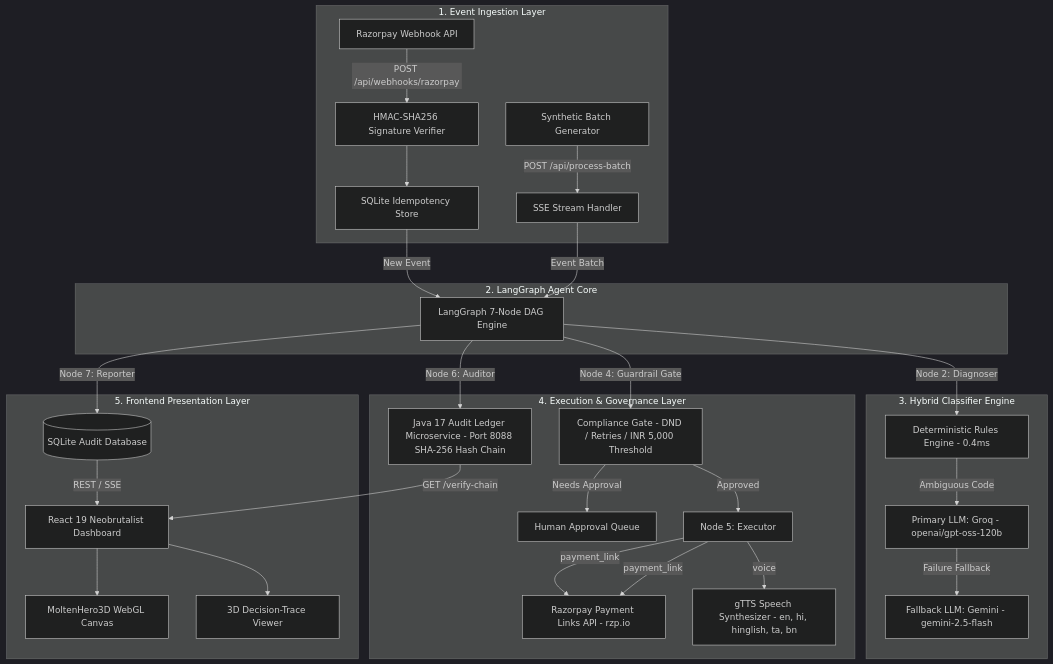
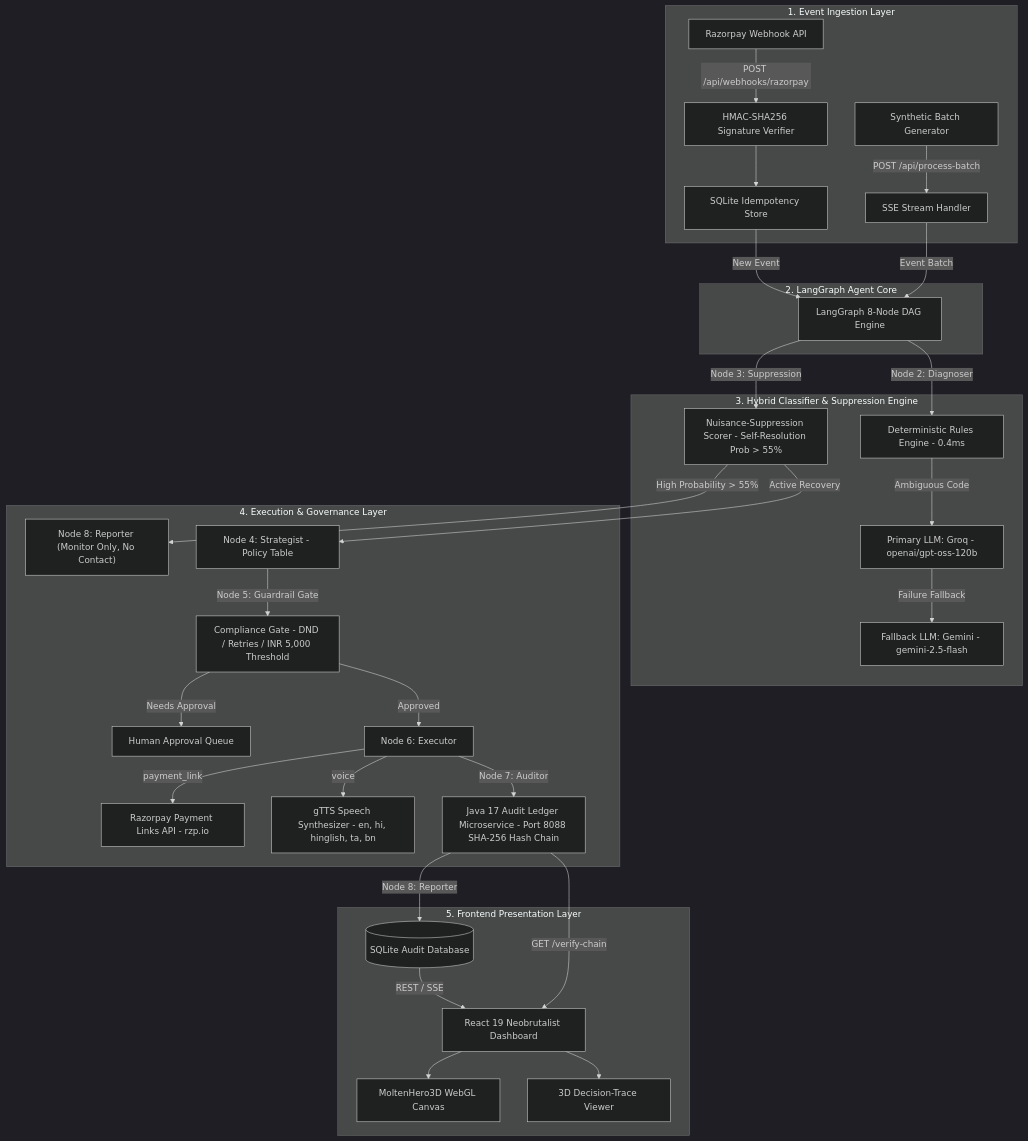
The first of 4 diagrams in docs/architecture.md (ankan123basu/vaapsi-agent), drawn with Mermaid (dark theme) before and after one commit. The commit also changed other lines of this file and 29 other files, not shown here.

First line of the commit message:
feat: implement 8-Node LangGraph DAG engine with Nuisance Suppression, ISO 8583 ground truth, and webhook proof

````diff
--- a/docs/architecture.md
+++ b/docs/architecture.md
@@ -21,37 +21,39 @@
 ```mermaid
 graph TD
     subgraph Ingestion ["1. Event Ingestion Layer"]
         RZP["Razorpay Webhook API"] -->|POST /api/webhooks/razorpay| VERIFY["HMAC-SHA256 Signature Verifier"]
         SYN["Synthetic Batch Generator"] -->|POST /api/process-batch| STREAM["SSE Stream Handler"]
         VERIFY --> DUP["SQLite Idempotency Store"]
     end
 
     subgraph Core ["2. LangGraph Agent Core"]
-        DUP -->|New Event| DAG["LangGraph 7-Node DAG Engine"]
+        DUP -->|New Event| DAG["LangGraph 8-Node DAG Engine"]
         STREAM -->|Event Batch| DAG
     end
 
-    subgraph Classifiers ["3. Hybrid Classifier Engine"]
+    subgraph Classifiers ["3. Hybrid Classifier & Suppression Engine"]
         DAG -->|Node 2: Diagnoser| RULES["Deterministic Rules Engine - 0.4ms"]
         RULES -->|Ambiguous Code| GROQ["Primary LLM: Groq - openai/gpt-oss-120b"]
         GROQ -->|Failure Fallback| GEMINI["Fallback LLM: Gemini - gemini-2.5-flash"]
+        DAG -->|Node 3: Suppression| SUPP["Nuisance-Suppression Scorer - Self-Resolution Prob > 55%"]
     end
 
     subgraph Actions ["4. Execution & Governance Layer"]
-        DAG -->|Node 4: Guardrail Gate| GATE["Compliance Gate - DND / Retries / INR 5,000 Threshold"]
+        SUPP -->|High Probability > 55%| REPORTERS["Node 8: Reporter (Monitor Only, No Contact)"]
+        SUPP -->|Active Recovery| STRAT["Node 4: Strategist - Policy Table"]
+        STRAT -->|Node 5: Guardrail Gate| GATE["Compliance Gate - DND / Retries / INR 5,000 Threshold"]
         GATE -->|Needs Approval| QUEUE["Human Approval Queue"]
-        GATE -->|Approved| EXEC["Node 5: Executor"]
-        EXEC -->|payment_link| RZP_API["Razorpay Payment Links API - rzp.io"]
+        GATE -->|Approved| EXEC["Node 6: Executor"]
         EXEC -->|payment_link| RZP_API["Razorpay Payment Links API - rzp.io"]
         EXEC -->|voice| GTTS["gTTS Speech Synthesizer - en, hi, hinglish, ta, bn"]
-        DAG -->|Node 6: Auditor| JAVA_LEDGER["Java 17 Audit Ledger Microservice - Port 8088 SHA-256 Hash Chain"]
+        EXEC -->|Node 7: Auditor| JAVA_LEDGER["Java 17 Audit Ledger Microservice - Port 8088 SHA-256 Hash Chain"]
     end
 
     subgraph Presentation ["5. Frontend Presentation Layer"]
-        DAG -->|Node 7: Reporter| DB[("SQLite Audit Database")]
+        JAVA_LEDGER -->|Node 8: Reporter| DB[("SQLite Audit Database")]
         DB -->|REST / SSE| DASH["React 19 Neobrutalist Dashboard"]
         DASH --> THREE["MoltenHero3D WebGL Canvas"]
         DASH --> TRACE["3D Decision-Trace Viewer"]
         JAVA_LEDGER -->|GET /verify-chain| DASH
     end
 ```
````
